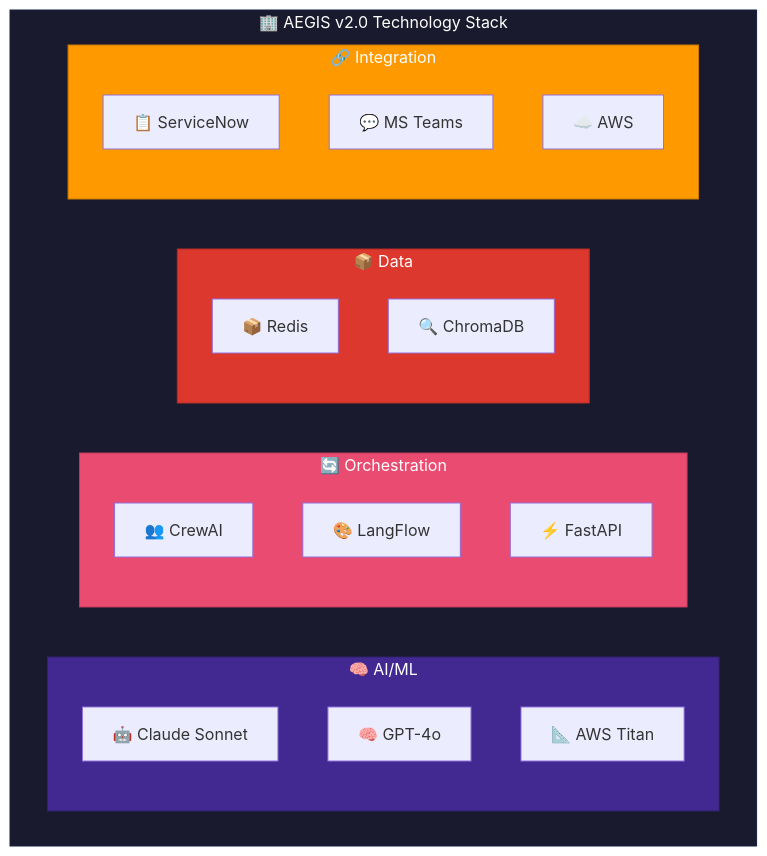
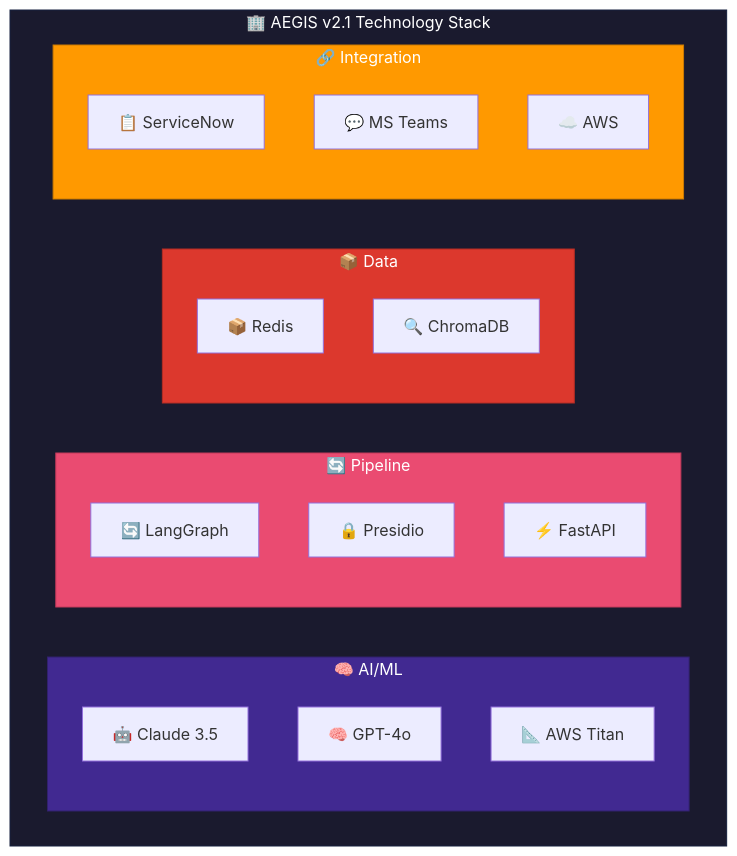
The first of 7 diagrams in docs/architecture-diagrams.md (maniltns/AEGIS), drawn with Mermaid before and after one commit. The commit also changed other lines of this file and 6 other files, not shown here.

````diff
--- a/docs/architecture-diagrams.md
+++ b/docs/architecture-diagrams.md
@@ -34,35 +24,35 @@
 ```mermaid
 graph TB
-    subgraph TECH["🏢 AEGIS v2.0 Technology Stack"]
+    subgraph TECH["🏢 AEGIS v2.1 Technology Stack"]
         direction LR
         
         subgraph AI["🧠 AI/ML"]
-            CLAUDE["🤖 Claude Sonnet"]
+            CLAUDE["🤖 Claude 3.5"]
             GPT["🧠 GPT-4o"]
             TITAN["📐 AWS Titan"]
         end
         
-        subgraph ORCH["🔄 Orchestration"]
-            CREW["👥 CrewAI"]
-            LFLOW["🎨 LangFlow"]
+        subgraph PIPELINE["🔄 Pipeline"]
+            LGRAPH["🔄 LangGraph"]
+            PRESIDIO["🔒 Presidio"]
             FAPI["⚡ FastAPI"]
         end
         
         subgraph DATA["📦 Data"]
             REDIS["📦 Redis"]
             CHROMA["🔍 ChromaDB"]
         end
         
         subgraph INTEG["🔗 Integration"]
             SNOW["📋 ServiceNow"]
             TEAMS["💬 MS Teams"]
             AWS["☁️ AWS"]
         end
     end
     
     style TECH fill:#1a1a2e,stroke:#16213e,color:#fff
     style AI fill:#412991,stroke:#31206d,color:#fff
-    style ORCH fill:#EA4B71,stroke:#c23a5a,color:#fff
+    style PIPELINE fill:#EA4B71,stroke:#c23a5a,color:#fff
     style DATA fill:#DC382D,stroke:#b32d24,color:#fff
     style INTEG fill:#FF9900,stroke:#cc7a00,color:#fff
 ```
````
